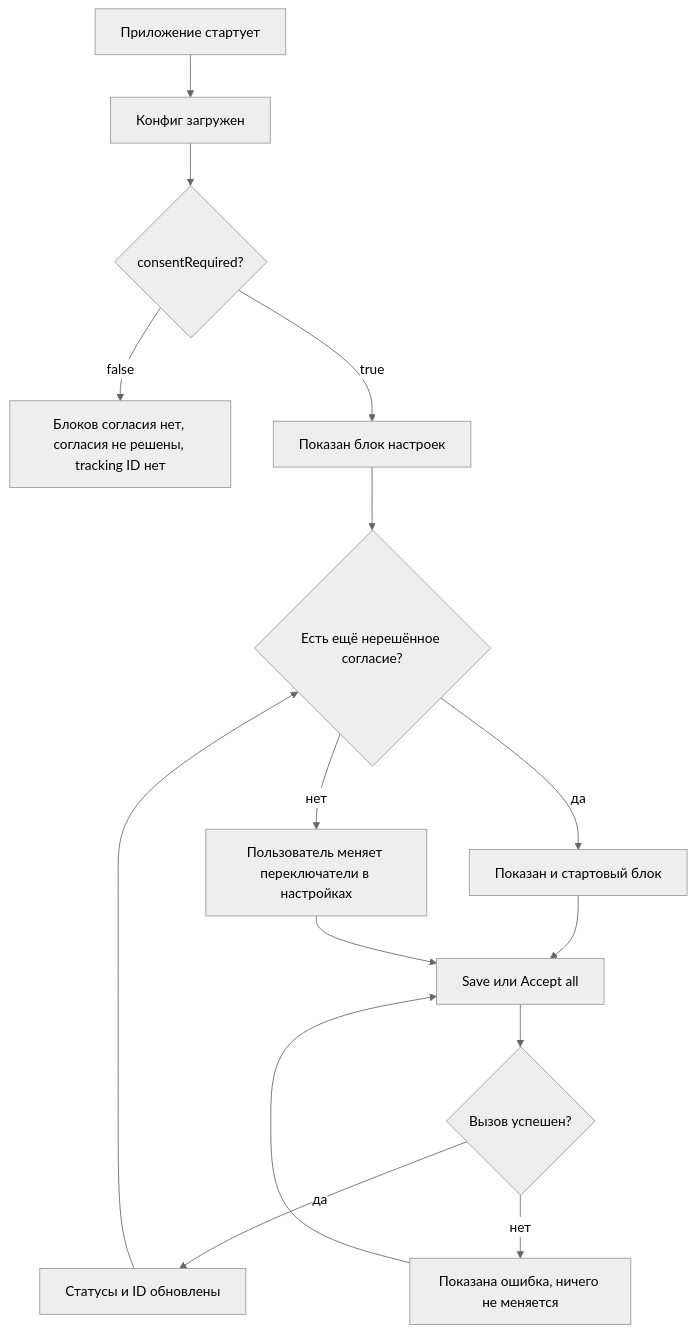
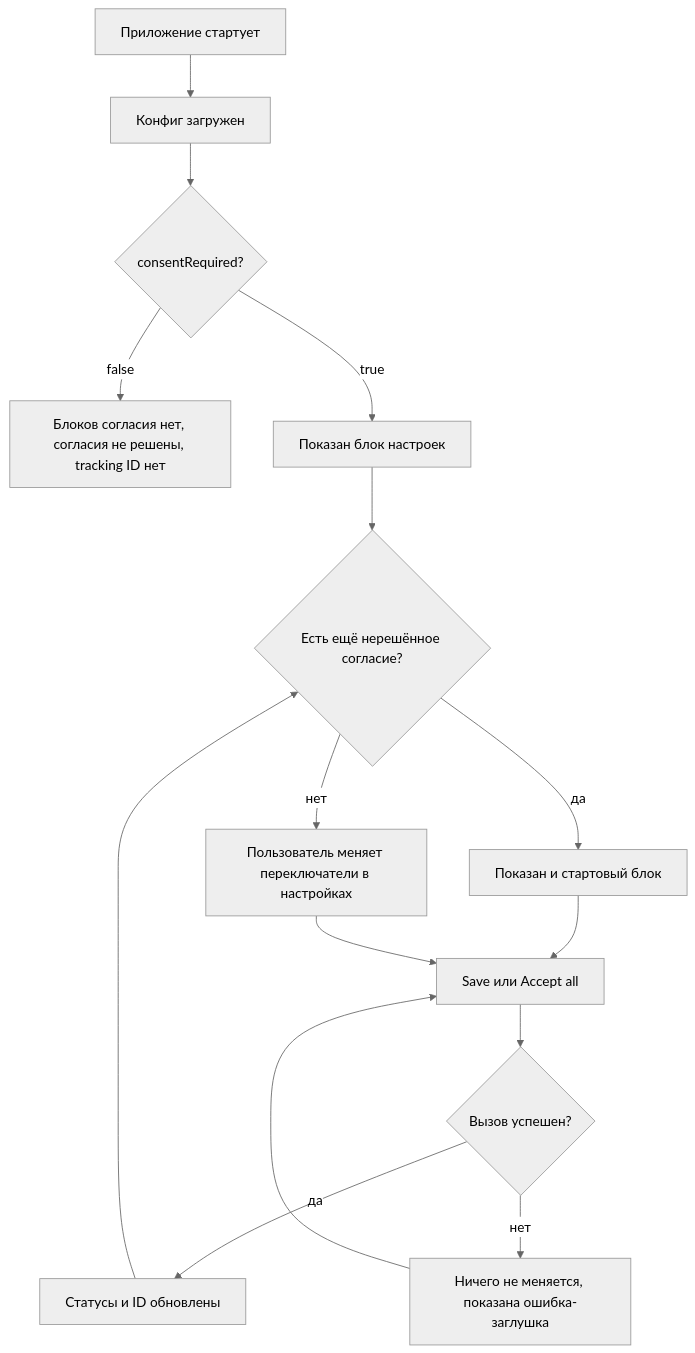
Before and after one commit to fedorovsky/docs: the diagram in playground/app/docs/features/identity-tracking-consent/ru/prd.md, drawn with Mermaid (neutral theme). The commit also changed other lines of this file and 6 other files, not shown here.

````diff
--- a/playground/app/docs/features/identity-tracking-consent/ru/prd.md
+++ b/playground/app/docs/features/identity-tracking-consent/ru/prd.md
@@ -50,17 +50,17 @@
 ```mermaid
 flowchart TD
   Start[Приложение стартует] --> Config[Конфиг загружен]
   Config --> Required{consentRequired?}
   Required -- false --> Hidden[Блоков согласия нет, согласия не решены, tracking ID нет]
   Required -- true --> Settings[Показан блок настроек]
   Settings --> Undecided{Есть ещё нерешённое согласие?}
   Undecided -- да --> Initial[Показан и стартовый блок]
   Undecided -- нет --> Wait[Пользователь меняет переключатели в настройках]
   Initial --> Save[Save или Accept all]
   Wait --> Save
   Save --> Result{Вызов успешен?}
   Result -- да --> Updated[Статусы и ID обновлены]
-  Result -- нет --> Error[Показана ошибка, ничего не меняется]
+  Result -- нет --> Error[Ничего не меняется, показана ошибка-заглушка]
   Updated --> Undecided
   Error --> Save
 ```
````
